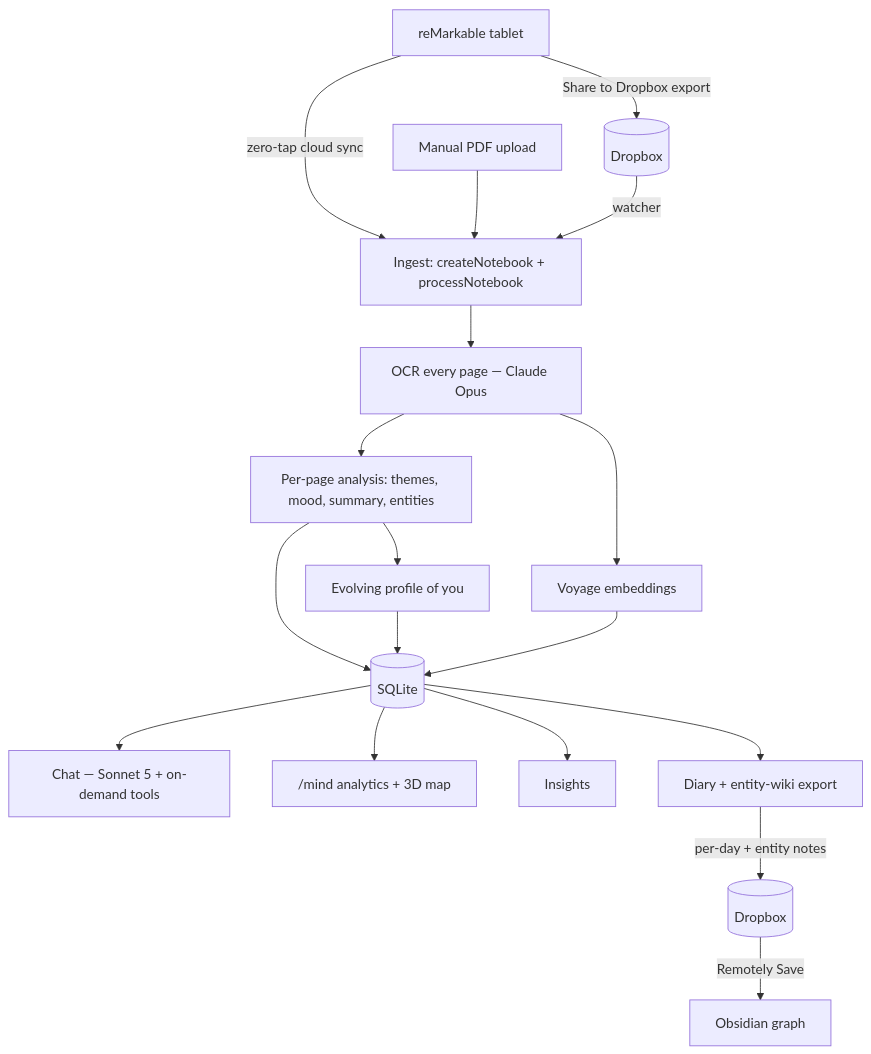
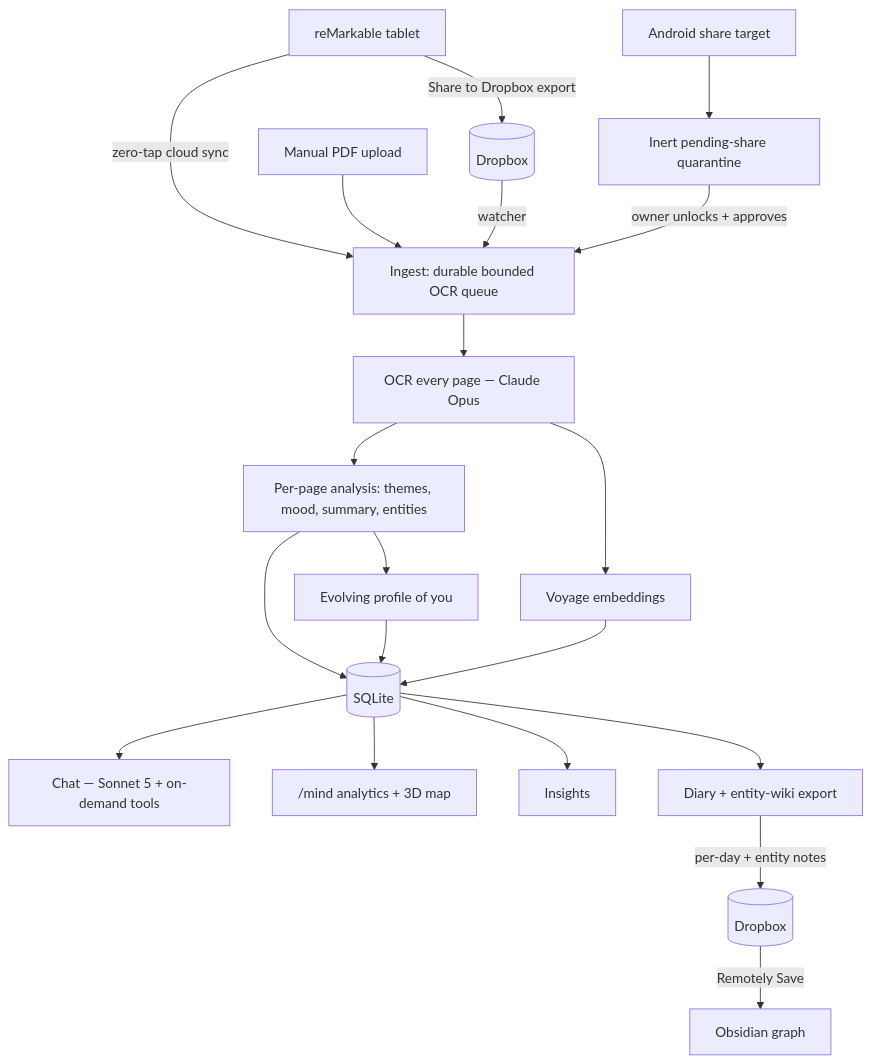
One commit to sanjaykims/remarkabler changed the diagram in ARCHITECTURE.md. Above: the diagram before and after it, drawn with Mermaid. The commit also changed other lines of this file and 116 other files, not shown here.

````diff
--- a/ARCHITECTURE.md
+++ b/ARCHITECTURE.md
@@ -17,20 +17,22 @@
 ```mermaid
 flowchart TD
   RM[reMarkable tablet] -->|zero-tap cloud sync| ING
   RM -->|Share to Dropbox export| DBX[(Dropbox)]
   DBX -->|watcher| ING
   UP[Manual PDF upload] --> ING
+  SHARE[Android share target] --> Q[Inert pending-share quarantine]
+  Q -->|owner unlocks + approves| ING
 
-  ING["Ingest: createNotebook + processNotebook"] --> OCR
+  ING["Ingest: durable bounded OCR queue"] --> OCR
   OCR["OCR every page — Claude Opus"] --> AN
   AN["Per-page analysis: themes, mood, summary, entities"] --> DB[(SQLite)]
   OCR --> EMB[Voyage embeddings] --> DB
   AN --> PROF[Evolving profile of you] --> DB
 
   DB --> CHAT["Chat — Sonnet 5 + on-demand tools"]
   DB --> MIND["/mind analytics + 3D map"]
   DB --> INS[Insights]
   DB --> EXP[Diary + entity-wiki export]
   EXP -->|per-day + entity notes| DBX2[(Dropbox)]
   DBX2 -->|Remotely Save| OBS[Obsidian graph]
 ```
````
